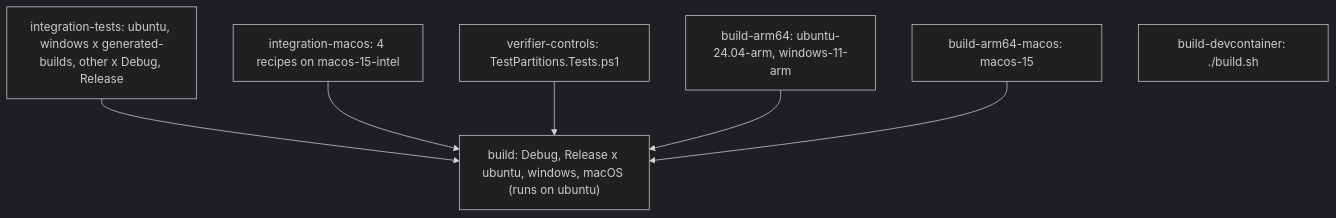
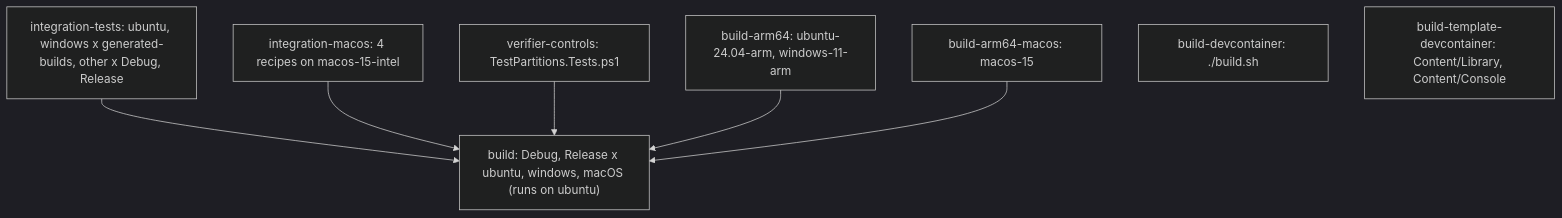
One commit to TheAngryByrd/MiniScaffold changed the diagram in lode/ci/workflows.md. Above: the diagram before and after it, drawn with Mermaid (dark theme). The commit also changed other lines of this file and 17 other files, not shown here.

````diff
--- a/lode/ci/workflows.md
+++ b/lode/ci/workflows.md
@@ -6,10 +6,11 @@
 ```mermaid
 flowchart TD
     IT["integration-tests: ubuntu, windows x generated-builds, other x Debug, Release"] --> Gate
     Mac["integration-macos: 4 recipes on macos-15-intel"] --> Gate
     VC["verifier-controls: TestPartitions.Tests.ps1"] --> Gate
     Arm["build-arm64: ubuntu-24.04-arm, windows-11-arm"] --> Gate
     ArmMac["build-arm64-macos: macos-15"] --> Gate
     Gate["build: Debug, Release x ubuntu, windows, macOS (runs on ubuntu)"]
     Dev["build-devcontainer: ./build.sh"]
+    TplDev["build-template-devcontainer: Content/Library, Content/Console"]
 ```
````
